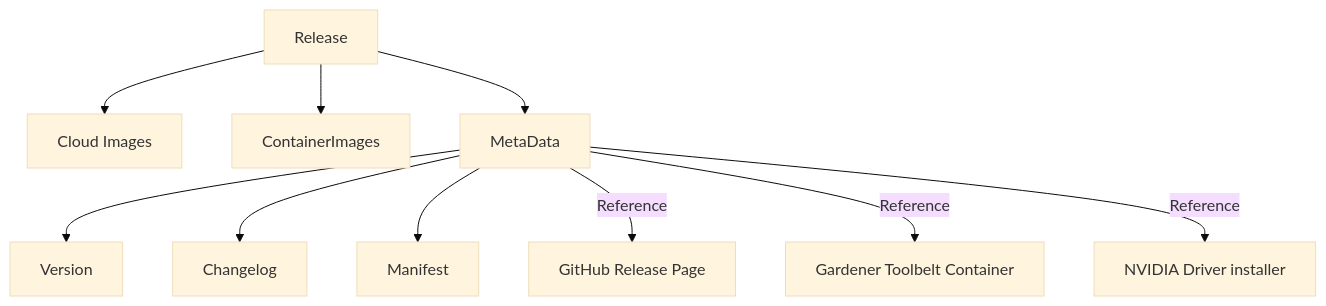
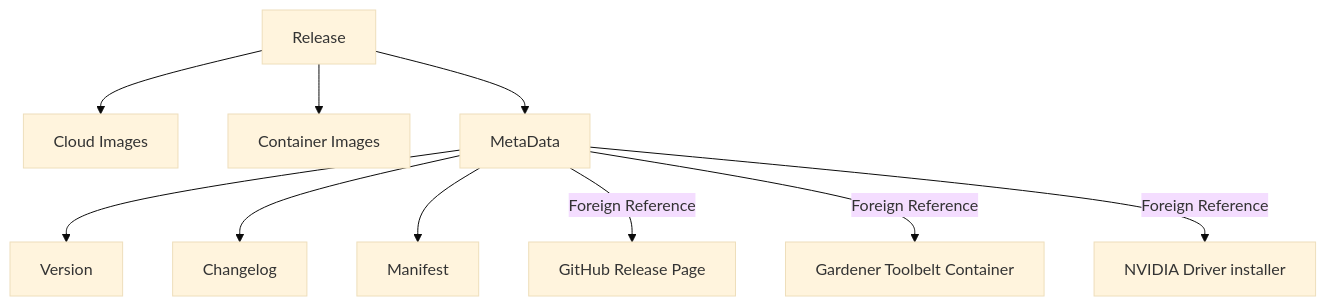
Before and after one commit to gardenlinux/gardenlinux: the first of 3 diagrams in docs/01_developers/oci_releases.md, drawn with Mermaid (base theme). The commit also changed other lines of this file, not shown here.

````diff
--- a/docs/01_developers/oci_releases.md
+++ b/docs/01_developers/oci_releases.md
@@ -16,17 +18,17 @@
 ```mermaid
 
 graph TD;
 
     Release[Release] --> CloudImages[Cloud Images];
-    Release[Release] --> ContainerImages[ContainerImages];
+    Release[Release] --> ContainerImages[Container Images];
     Release[Release] --> MetaData[Meta Data];
 
 
     MetaData[MetaData] --> Version;
     MetaData[MetaData] --> Changelog;
     MetaData[MetaData] --> Manifest;
-    MetaData[MetaData] -->|Reference| GHReleasePage[GitHub Release Page];
-    MetaData[MetaData] -->|Reference| GardenerToolbelt[Gardener Toolbelt Container];
-    MetaData[MetaData] -->|Reference| NvidiaInstaller[NVIDIA Driver installer];
+    MetaData[MetaData] -->|Foreign Reference| GHReleasePage[GitHub Release Page];
+    MetaData[MetaData] -->|Foreign Reference| GardenerToolbelt[Gardener Toolbelt Container];
+    MetaData[MetaData] -->|Foreign Reference| NvidiaInstaller[NVIDIA Driver installer];
 
 ```
````
